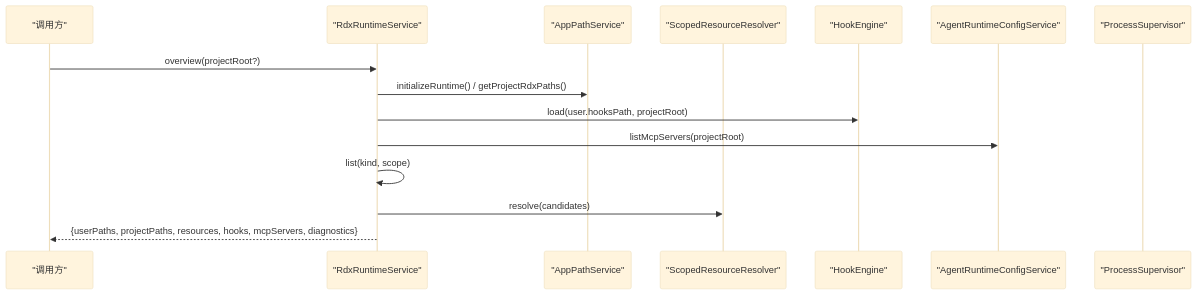
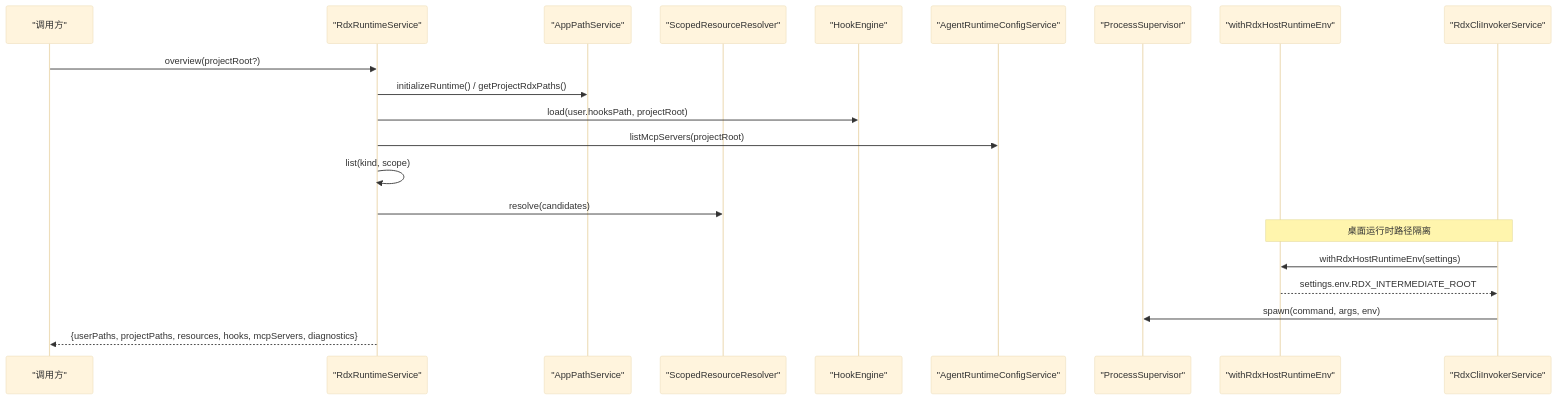
One commit to haolange/RDC-Agent changed the second of 9 diagrams in .qoder/repowiki/zh/content/用户界面/设置面板/运行时设置.md. Above: the diagram before and after it, drawn with Mermaid (base theme). The commit also changed other lines of this file and 28 other files, not shown here.

````diff
--- a/.qoder/repowiki/zh/content/用户界面/设置面板/运行时设置.md
+++ b/.qoder/repowiki/zh/content/用户界面/设置面板/运行时设置.md
@@ -99,17 +122,23 @@
 ```mermaid
 sequenceDiagram
 participant Client as "调用方"
 participant Runtime as "RdxRuntimeService"
 participant Paths as "AppPathService"
 participant Resolver as "ScopedResourceResolver"
 participant Hooks as "HookEngine"
 participant Config as "AgentRuntimeConfigService"
 participant Proc as "ProcessSupervisor"
+participant Env as "withRdxHostRuntimeEnv"
+participant CLI as "RdxCliInvokerService"
 Client->>Runtime : overview(projectRoot?)
 Runtime->>Paths : initializeRuntime() / getProjectRdxPaths()
 Runtime->>Hooks : load(user.hooksPath, projectRoot)
 Runtime->>Config : listMcpServers(projectRoot)
 Runtime->>Runtime : list(kind, scope)
 Runtime->>Resolver : resolve(candidates)
+Note over Env,CLI : 桌面运行时路径隔离
+CLI->>Env : withRdxHostRuntimeEnv(settings)
+Env-->>CLI : settings.env.RDX_INTERMEDIATE_ROOT
+CLI->>Proc : spawn(command, args, env)
 Runtime-->>Client : {userPaths, projectPaths, resources, hooks, mcpServers, diagnostics}
 ```
````
